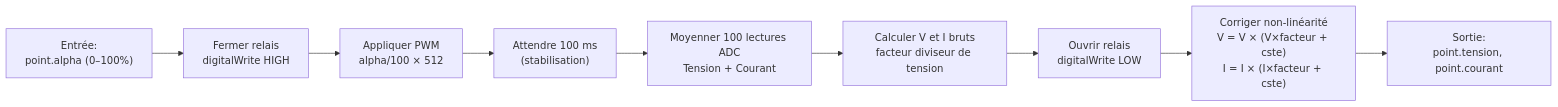
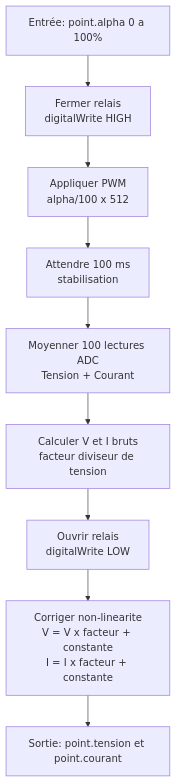
The first of 2 diagrams in docs/cartes/mesure_VI.md (baptisteB00/Projet_LAOS), drawn with Mermaid before and after one commit. The commit also changed other lines of this file and 180 other files, not shown here.

First line of the commit message:
correction Mermaid et tableaux : compatibilité GitHub

````diff
--- a/docs/cartes/mesure_VI.md
+++ b/docs/cartes/mesure_VI.md
@@ -80,11 +80,11 @@
 ```mermaid
-flowchart LR
-    A["Entrée:\npoint.alpha (0–100%)"] --> B["Fermer relais\ndigitalWrite HIGH"]
-    B --> C["Appliquer PWM\nalpha/100 × 512"]
-    C --> D["Attendre 100 ms\n(stabilisation)"]
-    D --> E["Moyenner 100 lectures ADC\nTension + Courant"]
-    E --> F["Calculer V et I bruts\nfacteur diviseur de tension"]
-    F --> G["Ouvrir relais\ndigitalWrite LOW"]
-    G --> H["Corriger non-linéarité\nV = V × (V×facteur + cste)\nI = I × (I×facteur + cste)"]
-    H --> I["Sortie:\npoint.tension, point.courant"]
+flowchart TD
+    A["Entrée: point.alpha 0 a 100%"] --> B["Fermer relais<br/>digitalWrite HIGH"]
+    B --> C["Appliquer PWM<br/>alpha/100 x 512"]
+    C --> D["Attendre 100 ms<br/>stabilisation"]
+    D --> E["Moyenner 100 lectures ADC<br/>Tension + Courant"]
+    E --> F["Calculer V et I bruts<br/>facteur diviseur de tension"]
+    F --> G["Ouvrir relais<br/>digitalWrite LOW"]
+    G --> H["Corriger non-linearite<br/>V = V x facteur + constante<br/>I = I x facteur + constante"]
+    H --> I["Sortie: point.tension et point.courant"]
 ```
````
